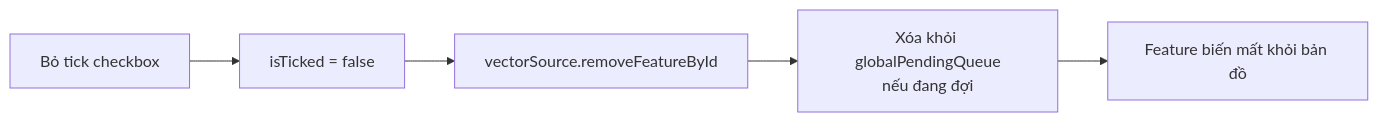
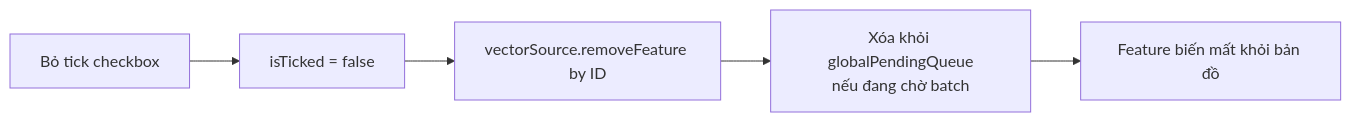
Before and after one commit to giangvanhung/gServer_0.0.1: the third of 6 diagrams in gServer_Introduction/docs/dataflow.md, drawn with Mermaid. The commit also changed other lines of this file and 91 other files, not shown here.

````diff
--- a/gServer_Introduction/docs/dataflow.md
+++ b/gServer_Introduction/docs/dataflow.md
@@ -47,7 +47,7 @@
 ```mermaid
 flowchart LR
     A[Bỏ tick checkbox] --> B[isTicked = false]
-    B --> C[vectorSource.removeFeatureById]
-    C --> D[Xóa khỏi globalPendingQueue\nnếu đang đợi]
+    B --> C[vectorSource.removeFeature by ID]
+    C --> D[Xóa khỏi globalPendingQueue\nnếu đang chờ batch]
     D --> E[Feature biến mất khỏi bản đồ]
 ```
````
